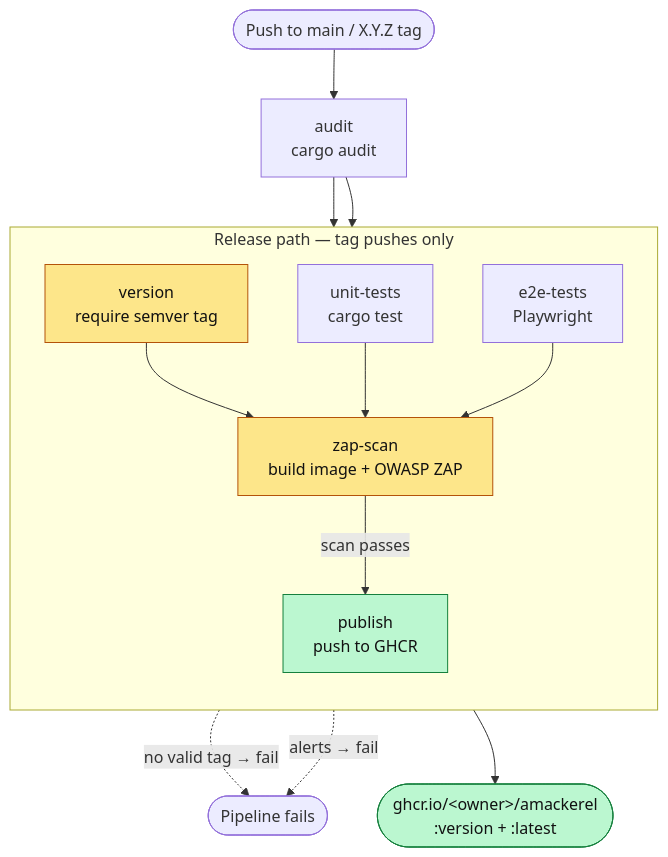
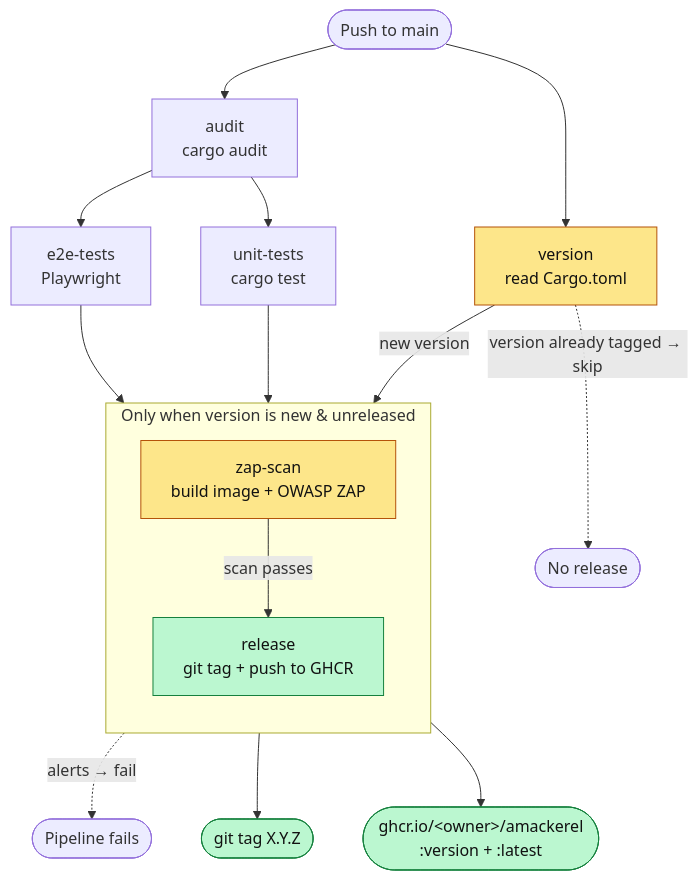
One commit to alixmacdonald10/amackerel changed the diagram in README.md. Above: the diagram before and after it, drawn with Mermaid. The commit also changed other lines of this file and 1 other file, not shown here.

````diff
--- a/README.md
+++ b/README.md
@@ -108,28 +110,30 @@
 ```mermaid
 flowchart TD
-    push([Push to main / X.Y.Z tag])
+    push([Push to main])
     push --> audit[audit<br/>cargo audit]
+    push --> version[version<br/>read Cargo.toml]
 
     audit --> unit[unit-tests<br/>cargo test]
     audit --> e2e[e2e-tests<br/>Playwright]
 
-    subgraph release [Release path — tag pushes only]
+    subgraph gated [Only when version is new & unreleased]
         direction TB
-        version[version<br/>require semver tag]
         zap[zap-scan<br/>build image + OWASP ZAP]
-        publish[publish<br/>push to GHCR]
-        version --> zap
-        unit --> zap
-        e2e --> zap
-        zap -->|scan passes| publish
+        release[release<br/>git tag + push to GHCR]
+        zap -->|scan passes| release
     end
 
-    version -.->|no valid tag → fail| stop([Pipeline fails])
-    zap -.->|alerts → fail| stop
-    publish --> ghcr([ghcr.io/&lt;owner&gt;/amackerel<br/>:version + :latest])
+    version -->|new version| zap
+    unit --> zap
+    e2e --> zap
+
+    zap -.->|alerts → fail| stop([Pipeline fails])
+    version -.->|version already tagged → skip| skip([No release])
+    release --> tag([git tag X.Y.Z])
+    release --> ghcr([ghcr.io/&lt;owner&gt;/amackerel<br/>:version + :latest])
 
     classDef gate fill:#fde68a,stroke:#b45309,color:#111;
     classDef ship fill:#bbf7d0,stroke:#15803d,color:#111;
     class version,zap gate;
-    class publish,ghcr ship;
+    class release,tag,ghcr ship;
 ```
````
